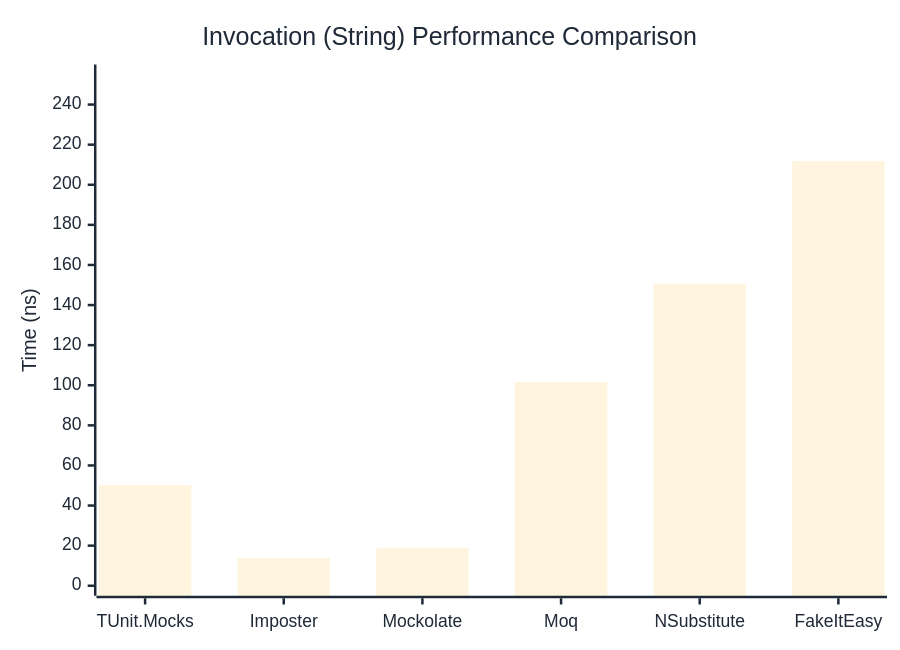
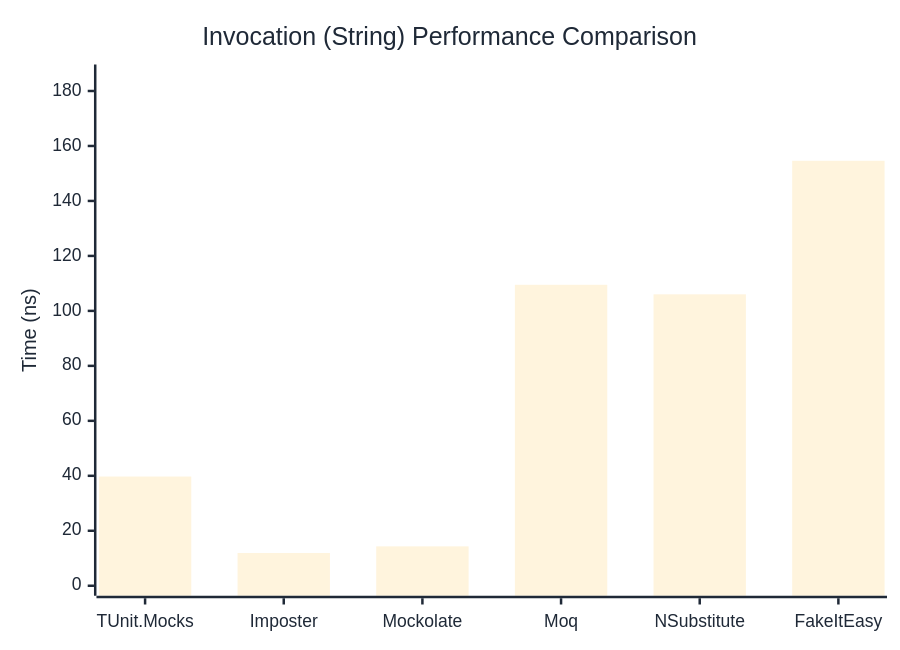
The third of 3 diagrams in docs/docs/benchmarks/mocks/Invocation.md (thomhurst/TUnit), drawn with Mermaid before and after one commit. The commit also changed other lines of this file and 14 other files, not shown here.

````diff
--- a/docs/docs/benchmarks/mocks/Invocation.md
+++ b/docs/docs/benchmarks/mocks/Invocation.md
@@ -112,27 +112,27 @@
 ```mermaid
 %%{init: {
   'theme':'base',
   'themeVariables': {
     'primaryColor': '#2563eb',
     'primaryTextColor': '#1f2937',
     'primaryBorderColor': '#1e40af',
     'lineColor': '#6b7280',
     'secondaryColor': '#7c3aed',
     'tertiaryColor': '#dc2626',
     'background': '#ffffff',
     'pie1': '#2563eb',
     'pie2': '#7c3aed',
     'pie3': '#dc2626',
     'pie4': '#f59e0b',
     'pie5': '#10b981',
     'pie6': '#06b6d4',
     'pie7': '#ec4899',
     'pie8': '#6366f1'
   }
 }}%%
 xychart-beta
   title "Invocation (String) Performance Comparison"
   x-axis ["TUnit.Mocks", "Imposter", "Mockolate", "Moq", "NSubstitute", "FakeItEasy"]
-  y-axis "Time (ns)" 0 --> 255
-  bar [50.21, 13.91, 18.69, 101.66, 150.6, 211.81]
+  y-axis "Time (ns)" 0 --> 186
+  bar [39.74, 11.92, 14.33, 109.49, 106.02, 154.61]
 ```
````
